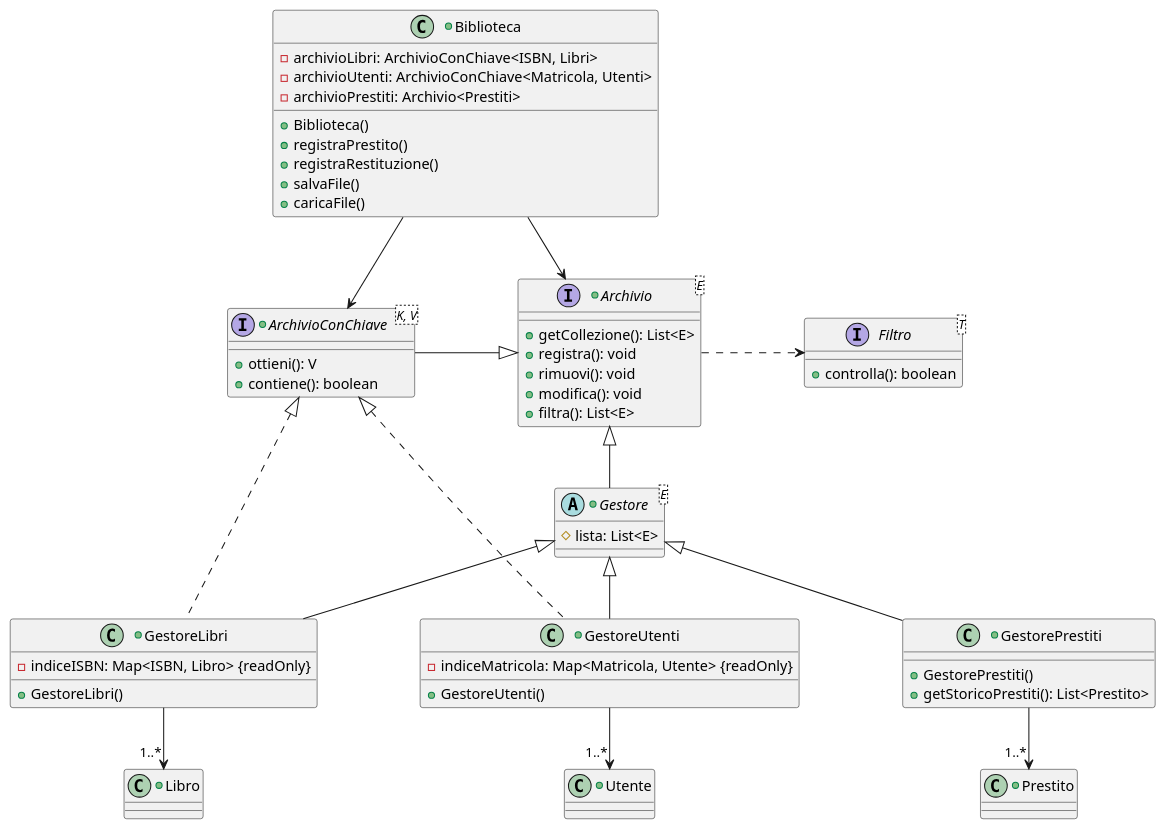
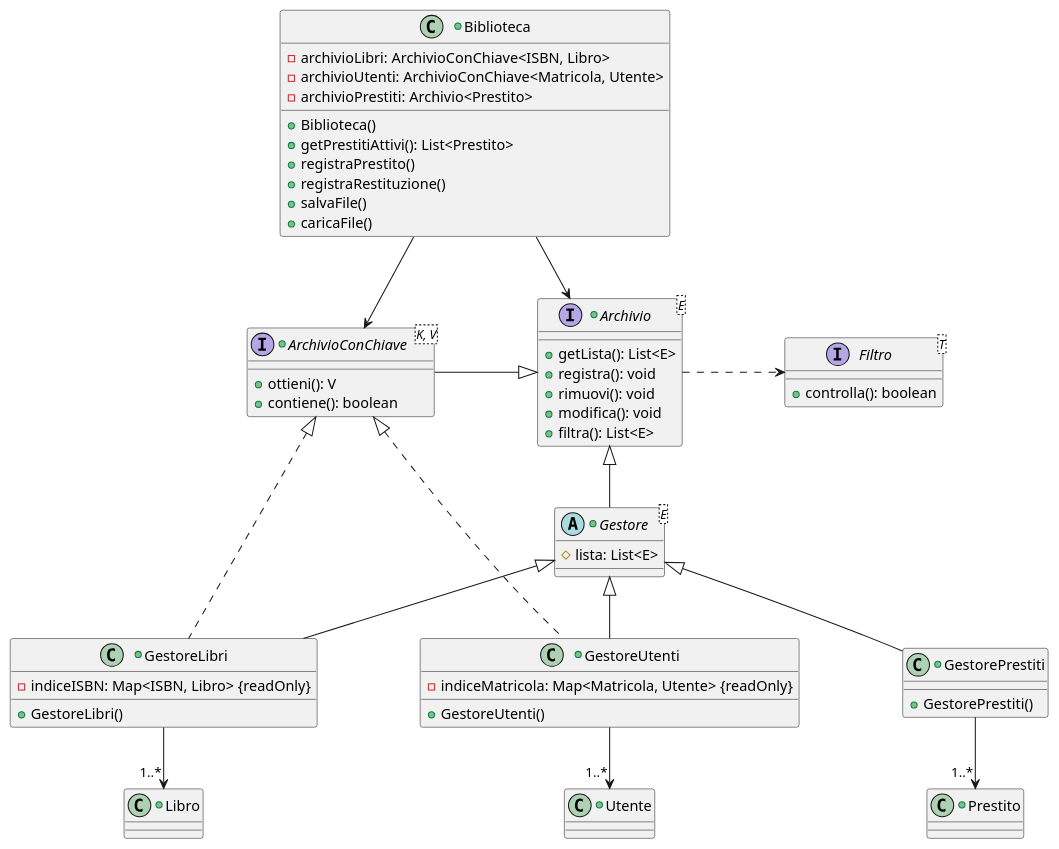
Before and after one commit to Meziu/easylibrary: the diagram in docs/uml/classesGestori.puml, drawn with PlantUML.

Commit message:
Modifica per coerenza con implementazione

```diff
--- a/docs/uml/classesGestori.puml
+++ b/docs/uml/classesGestori.puml
@@ -1,87 +1,87 @@
 @startuml
 'skinparam classAttributeIconSize 0
 skinparam nodesep 100
 
 interface Filtro<T> {
     +controlla(): boolean
 }
 
 together {
     +interface Archivio<E> {
-        +getCollezione(): List<E>
+        +getLista(): List<E>
         +registra(): void
         +rimuovi(): void
         +modifica(): void
         +filtra(): List<E>
     }
 
     +interface ArchivioConChiave<K, V> {
         +ottieni(): V
         +contiene(): boolean
     }
 }
 
 +class Utente {
 }
 
 +class Libro{
 }
 
 +class Prestito{
 }
 
 
 +class Biblioteca {
-    -archivioLibri: ArchivioConChiave<ISBN, Libri>
-    -archivioUtenti: ArchivioConChiave<Matricola, Utenti>
-    -archivioPrestiti: Archivio<Prestiti>
+    -archivioLibri: ArchivioConChiave<ISBN, Libro>
+    -archivioUtenti: ArchivioConChiave<Matricola, Utente>
+    -archivioPrestiti: Archivio<Prestito>
 
     +Biblioteca()
+    +getPrestitiAttivi(): List<Prestito>
     +registraPrestito()
     +registraRestituzione()
     +salvaFile()
     +caricaFile()
 }
 
 +abstract class Gestore<E> {
     #lista: List<E>
 }
 
 together {
     +class GestoreLibri extends Gestore {
 
         -indiceISBN: Map<ISBN, Libro> {readOnly}
 
         +GestoreLibri()
     }
 
 
     +class GestoreUtenti extends Gestore {
         -indiceMatricola: Map<Matricola, Utente> {readOnly}
 
         +GestoreUtenti()
     }
 
 
     +class GestorePrestiti extends Gestore {
 
         +GestorePrestiti()
-        +getStoricoPrestiti(): List<Prestito>
     }
 }
 
 Gestore -up-|> Archivio
 
 Biblioteca --> Archivio
 Biblioteca --> ArchivioConChiave
 
 ArchivioConChiave -right-|> Archivio
 Archivio .right.> Filtro
 
 GestoreLibri .up.|> ArchivioConChiave
 GestoreUtenti .up.|> ArchivioConChiave
 
 GestoreUtenti --> "1..*" Utente
 GestoreLibri --> "1..*" Libro
 GestorePrestiti --> "1..*" Prestito
 @enduml
```
